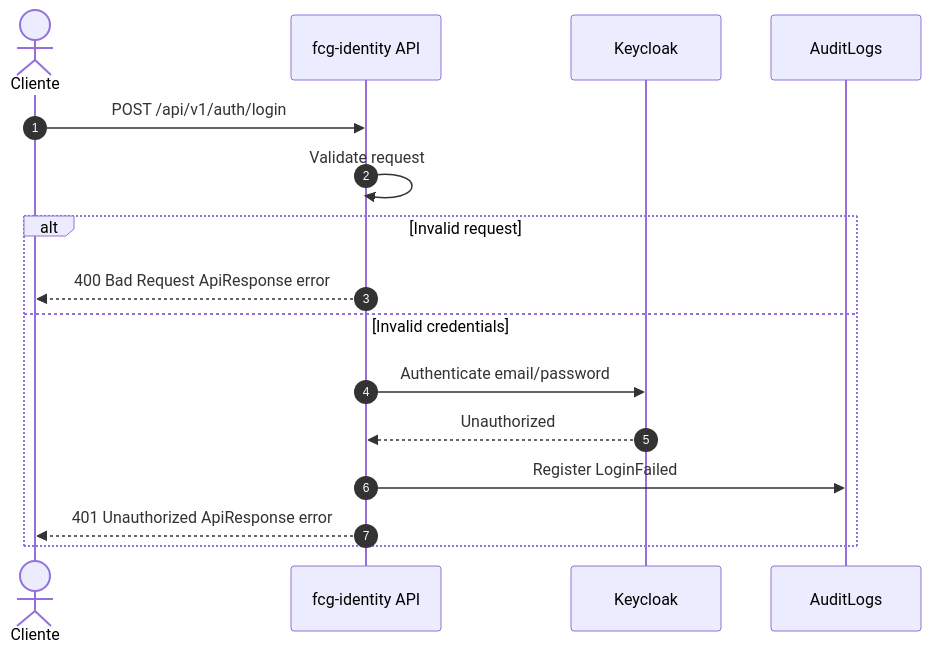
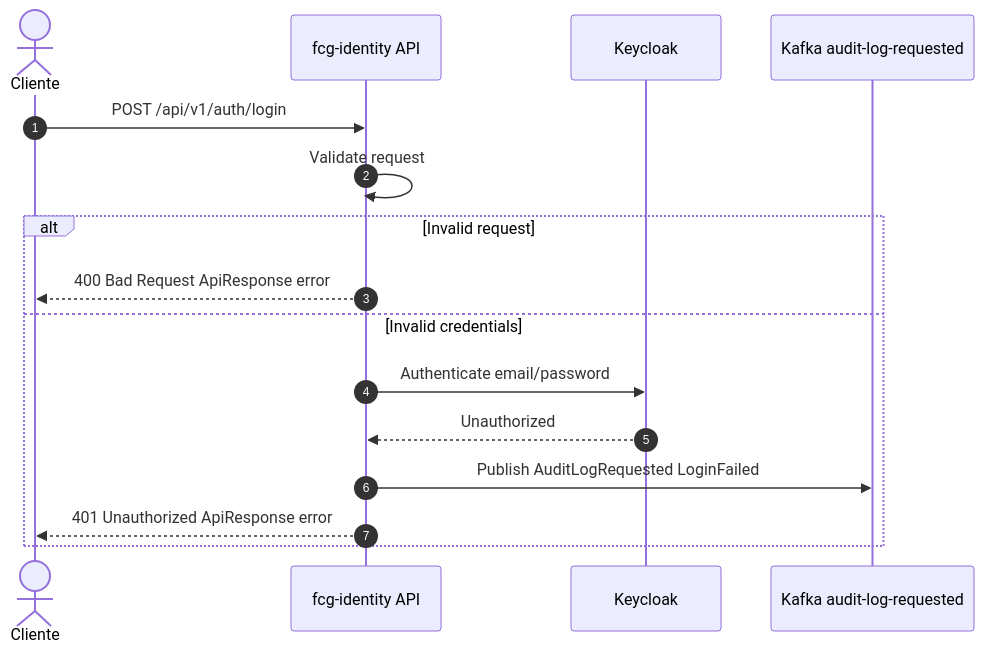
The fourth of 30 diagrams in architecture/endpoint-flows.md (group10-tc-01/fcs-fase05-docs), drawn with Mermaid before and after one commit. The commit also changed other lines of this file and 15 other files, not shown here.

````diff
--- a/architecture/endpoint-flows.md
+++ b/architecture/endpoint-flows.md
@@ -73,19 +73,19 @@
 ```mermaid
 sequenceDiagram
     autonumber
     actor Client as Cliente
     participant IdentityApi as fcg-identity API
     participant Keycloak as Keycloak
-    participant Audit as AuditLogs
+    participant AuditKafka as Kafka audit-log-requested
 
     Client->>IdentityApi: POST /api/v1/auth/login
     IdentityApi->>IdentityApi: Validate request
     alt Invalid request
         IdentityApi-->>Client: 400 Bad Request ApiResponse error
     else Invalid credentials
         IdentityApi->>Keycloak: Authenticate email/password
         Keycloak-->>IdentityApi: Unauthorized
-        IdentityApi->>Audit: Register LoginFailed
+        IdentityApi->>AuditKafka: Publish AuditLogRequested LoginFailed
         IdentityApi-->>Client: 401 Unauthorized ApiResponse error
     end
 ```
````
